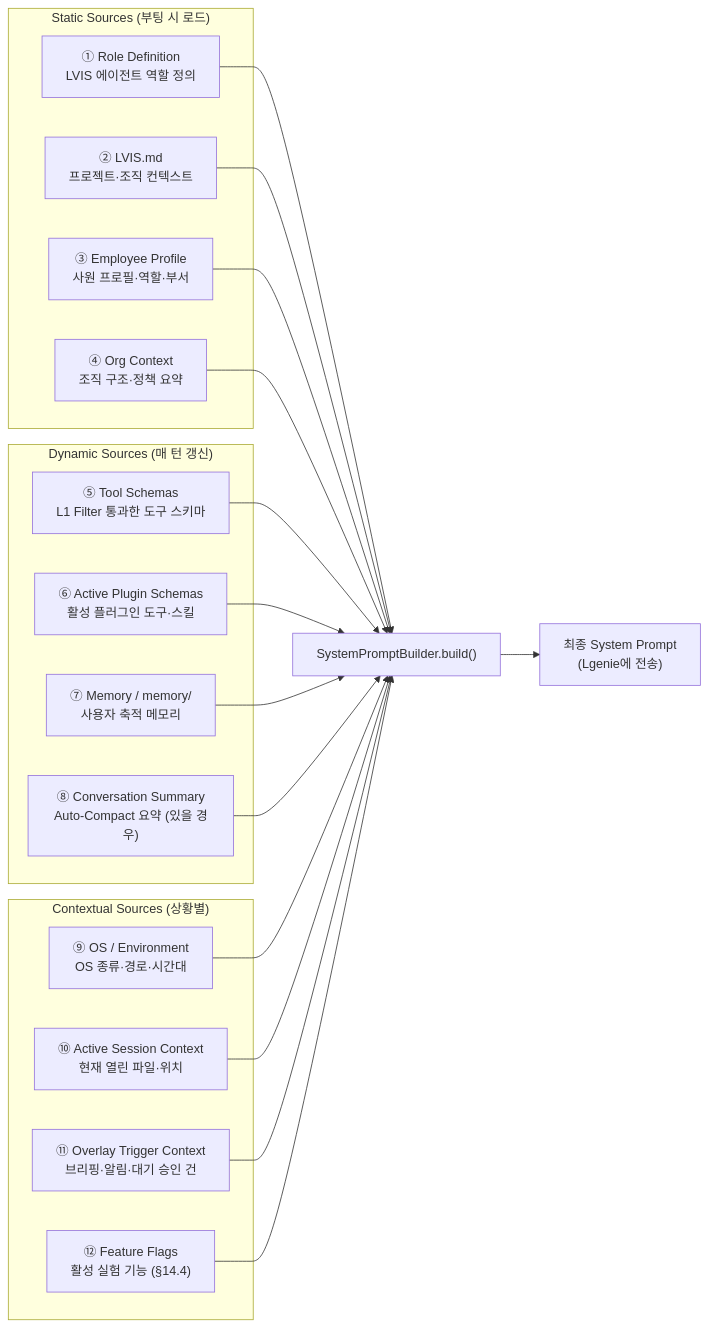
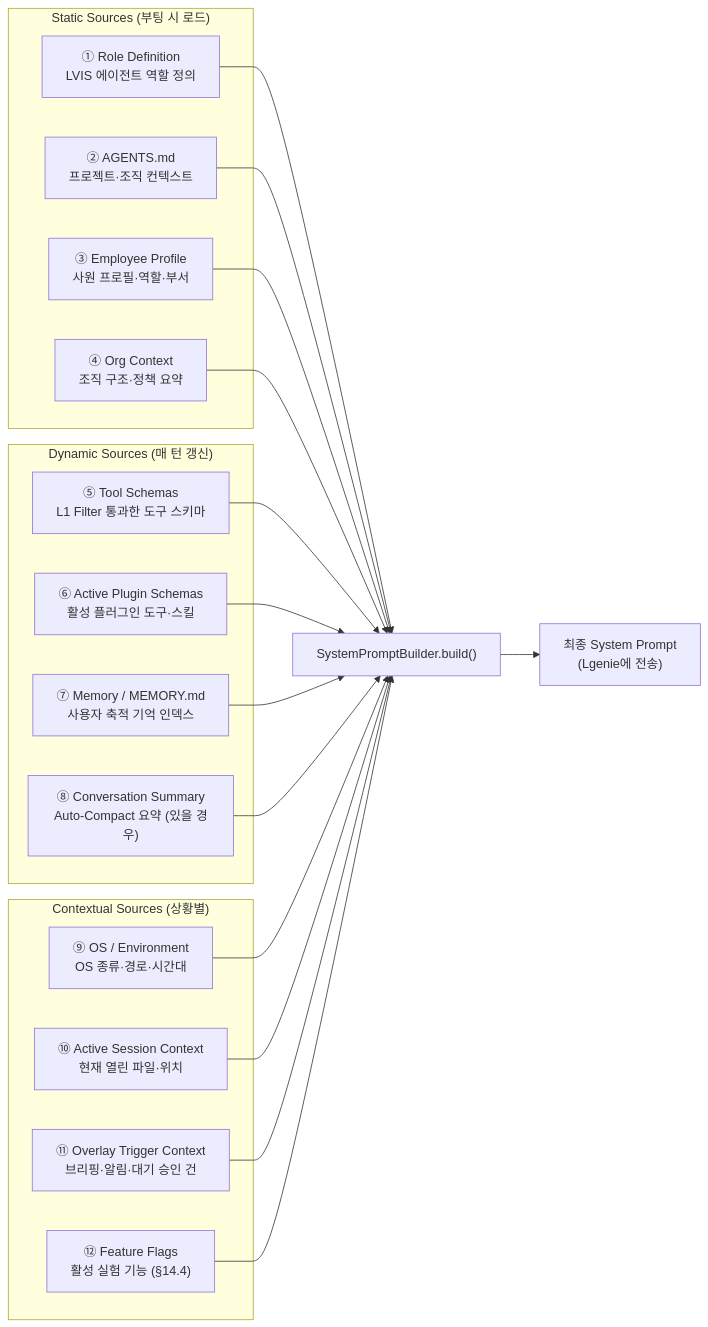
One commit to lvis-project/lvis-app changed diagram 14 of 44 in docs/architecture/architecture.md. Above: the diagram before and after it, drawn with Mermaid. The commit also changed other lines of this file and 48 other files, not shown here.

````diff
--- a/docs/architecture/architecture.md
+++ b/docs/architecture/architecture.md
@@ -965,38 +966,38 @@
 ```mermaid
 flowchart LR
     subgraph "Static Sources (부팅 시 로드)"
         S1["① Role Definition<br/>LVIS 에이전트 역할 정의"]
-        S2["② LVIS.md<br/>프로젝트·조직 컨텍스트"]
+        S2["② AGENTS.md<br/>프로젝트·조직 컨텍스트"]
         S3["③ Employee Profile<br/>사원 프로필·역할·부서"]
         S4["④ Org Context<br/>조직 구조·정책 요약"]
     end
 
     subgraph "Dynamic Sources (매 턴 갱신)"
         S5["⑤ Tool Schemas<br/>L1 Filter 통과한 도구 스키마"]
         S6["⑥ Active Plugin Schemas<br/>활성 플러그인 도구·스킬"]
-        S7["⑦ Memory / memory/<br/>사용자 축적 메모리"]
+        S7["⑦ Memory / MEMORY.md<br/>사용자 축적 기억 인덱스"]
         S8["⑧ Conversation Summary<br/>Auto-Compact 요약 (있을 경우)"]
     end
 
     subgraph "Contextual Sources (상황별)"
         S9["⑨ OS / Environment<br/>OS 종류·경로·시간대"]
         S10["⑩ Active Session Context<br/>현재 열린 파일·위치"]
         S11["⑪ Overlay Trigger Context<br/>브리핑·알림·대기 승인 건"]
         S12["⑫ Feature Flags<br/>활성 실험 기능 (§14.4)"]
     end
 
     S1 --> BUILD["SystemPromptBuilder.build()"]
     S2 --> BUILD
     S3 --> BUILD
     S4 --> BUILD
     S5 --> BUILD
     S6 --> BUILD
     S7 --> BUILD
     S8 --> BUILD
     S9 --> BUILD
     S10 --> BUILD
     S11 --> BUILD
     S12 --> BUILD
 
     BUILD --> PROMPT["최종 System Prompt<br/>(Lgenie에 전송)"]
 ```
````
